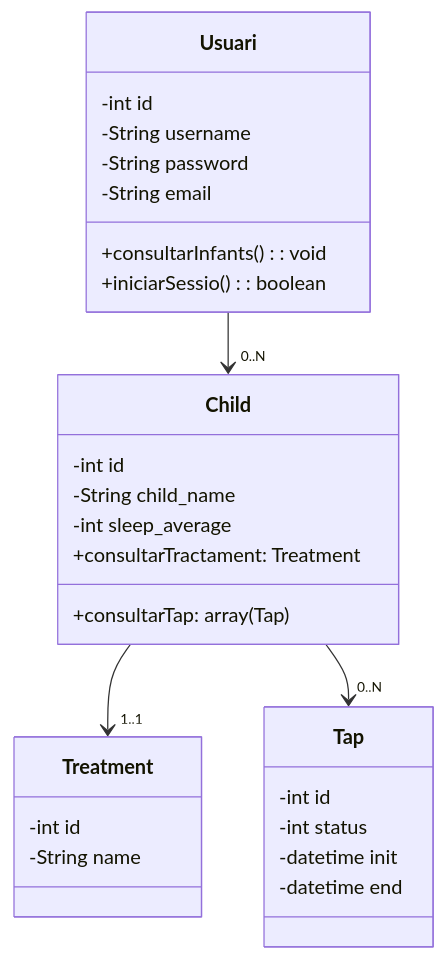
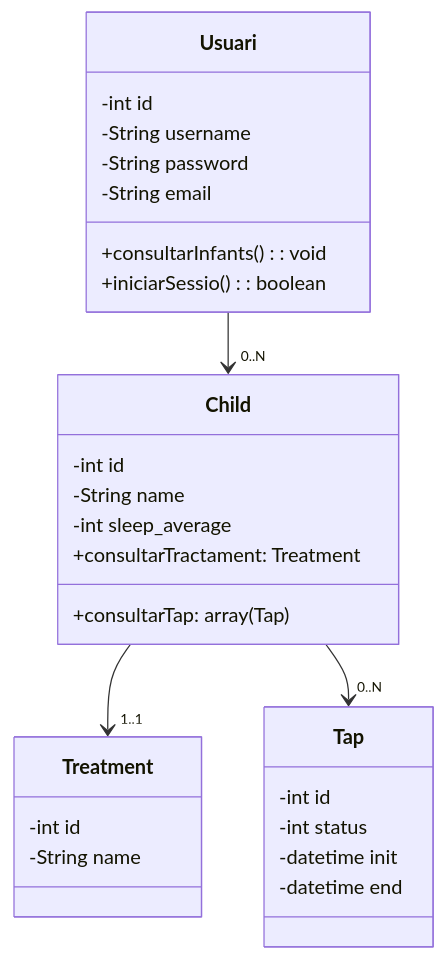
The diagram in chartd/classDiagram.mermaid (lauragrr1/tapatapp), drawn with Mermaid before and after one commit.

```diff
--- a/chartd/classDiagram.mermaid
+++ b/chartd/classDiagram.mermaid
@@ -1,34 +1,34 @@
 classDiagram
 Usuari "" --> "0..N" Child
 Child "" --> "1..1" Treatment
 Child "" --> "0..N" Tap
 
 class Usuari {
     -int id
     -String username
     -String password
     -String email
     +consultarInfants(): void
     +iniciarSessio(): boolean
 }
 
 class Child{
     -int id
-    -String child_name
+    -String name
     -int sleep_average
         
     +consultarTractament: Treatment
     +consultarTap: array(Tap)
 }
 
 class Treatment{
     -int id
     -String name
 }
 
 class Tap{
     -int id
     -int status
     -datetime init 
     -datetime end 
 }
```
